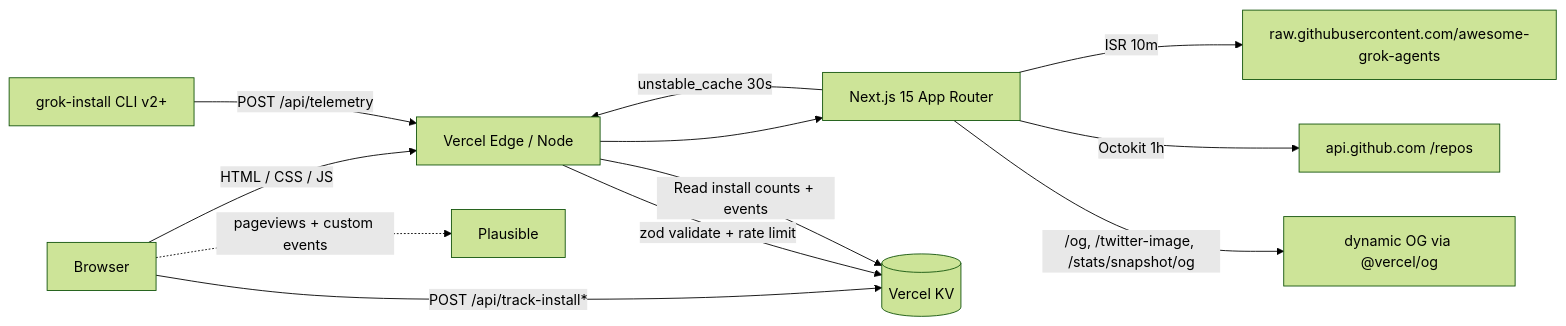
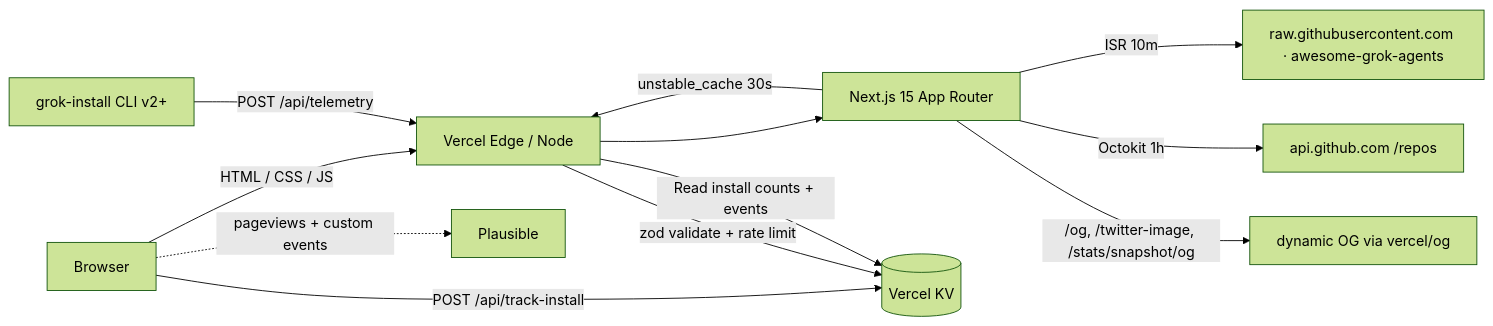
The diagram in README.md (AgentMindCloud/grok-agents-marketplace), drawn with Mermaid (forest theme) before and after one commit. The commit also changed other lines of this file, not shown here.

````diff
--- a/README.md
+++ b/README.md
@@ -102,14 +121,14 @@
 ```mermaid
 flowchart LR
-  A[Browser] -->|HTML / CSS / JS| V[Vercel Edge / Node]
-  V --> N[Next.js 15 App Router]
-  N -->|ISR 10m| GH[raw.githubusercontent.com/awesome-grok-agents]
-  N -->|Octokit 1h| API[api.github.com /repos]
-  A -->|POST /api/track-install*| KV[(Vercel KV)]
-  CLI[grok-install CLI v2+] -->|POST /api/telemetry| V
-  V -->|zod validate + rate limit| KV
-  V -->|Read install counts + events| KV
-  A -.->|pageviews + custom events| P[Plausible]
-  N -->|/og, /twitter-image, /stats/snapshot/og| OG[dynamic OG via @vercel/og]
-  N -->|unstable_cache 30s| V
+  A["Browser"] -->|"HTML / CSS / JS"| V["Vercel Edge / Node"]
+  V --> N["Next.js 15 App Router"]
+  N -->|"ISR 10m"| GH["raw.githubusercontent.com · awesome-grok-agents"]
+  N -->|"Octokit 1h"| API["api.github.com /repos"]
+  A -->|"POST /api/track-install"| KV[("Vercel KV")]
+  CLI["grok-install CLI v2+"] -->|"POST /api/telemetry"| V
+  V -->|"zod validate + rate limit"| KV
+  V -->|"Read install counts + events"| KV
+  A -.->|"pageviews + custom events"| P["Plausible"]
+  N -->|"/og, /twitter-image, /stats/snapshot/og"| OG["dynamic OG via vercel/og"]
+  N -->|"unstable_cache 30s"| V
 ```
````
